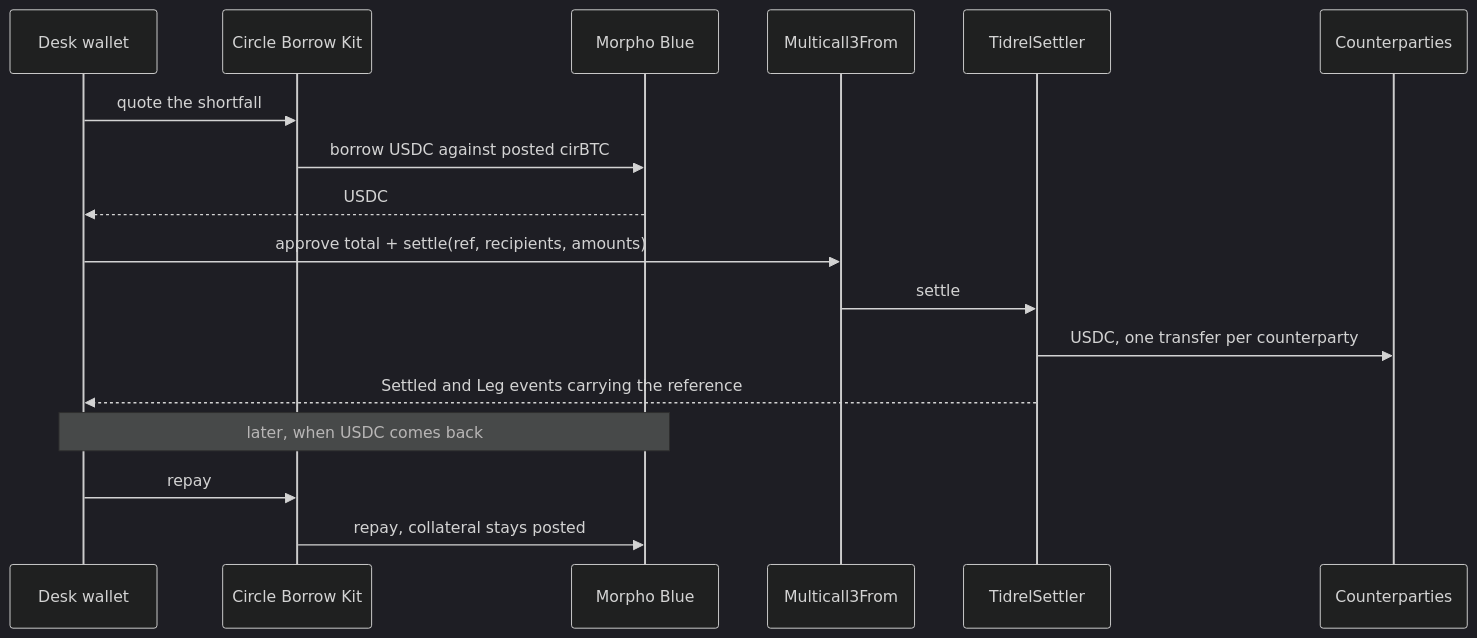
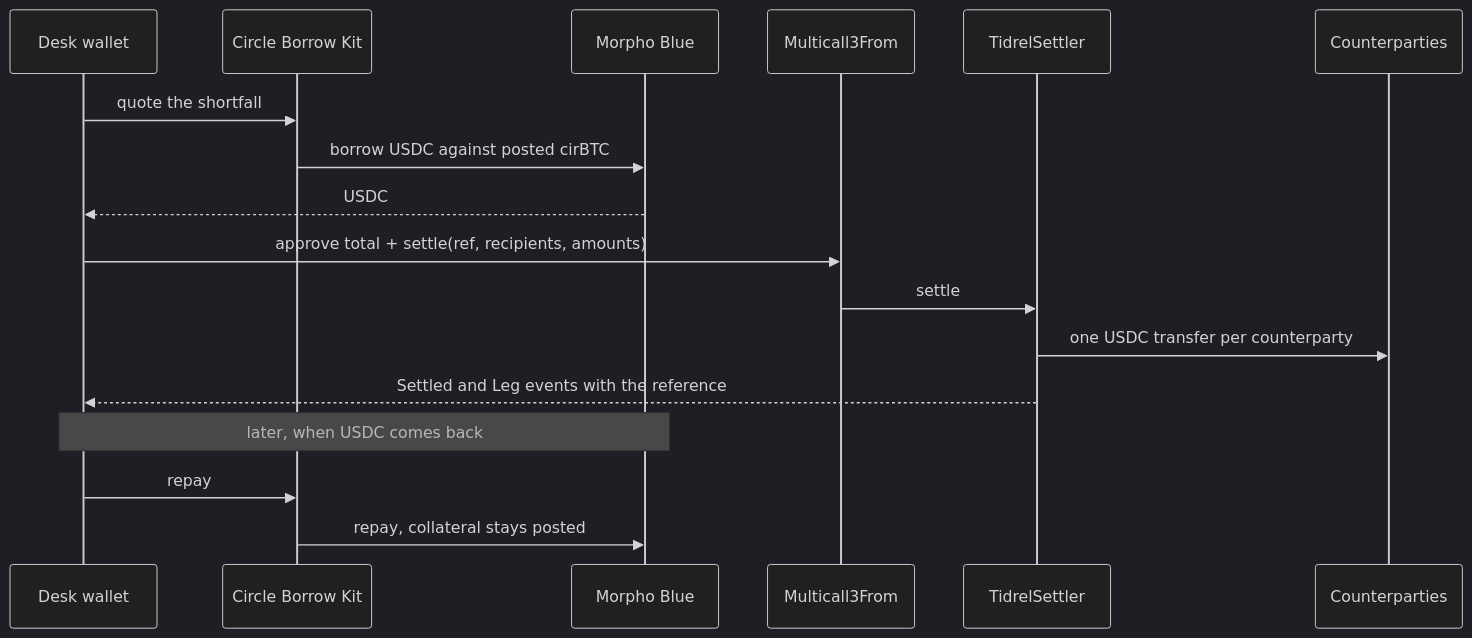
The diagram in README.md (mystiquemide/tidrel), drawn with Mermaid (dark theme) before and after one commit. The commit also changed other lines of this file, not shown here.

Commit message:
Restructure the README: story, one-liner, how it works, try it, nine break attempts, proof and limitations

````diff
--- a/README.md
+++ b/README.md
@@ -32,19 +42,19 @@
 ```mermaid
 sequenceDiagram
     participant D as Desk wallet
     participant B as Circle Borrow Kit
     participant M as Morpho Blue
     participant X as Multicall3From
     participant S as TidrelSettler
     participant C as Counterparties
     D->>B: quote the shortfall
     B->>M: borrow USDC against posted cirBTC
     M-->>D: USDC
     D->>X: approve total + settle(ref, recipients, amounts)
     X->>S: settle
-    S->>C: USDC, one transfer per counterparty
-    S-->>D: Settled and Leg events carrying the reference
+    S->>C: one USDC transfer per counterparty
+    S-->>D: Settled and Leg events with the reference
     Note over D,M: later, when USDC comes back
     D->>B: repay
     B->>M: repay, collateral stays posted
 ```
````
